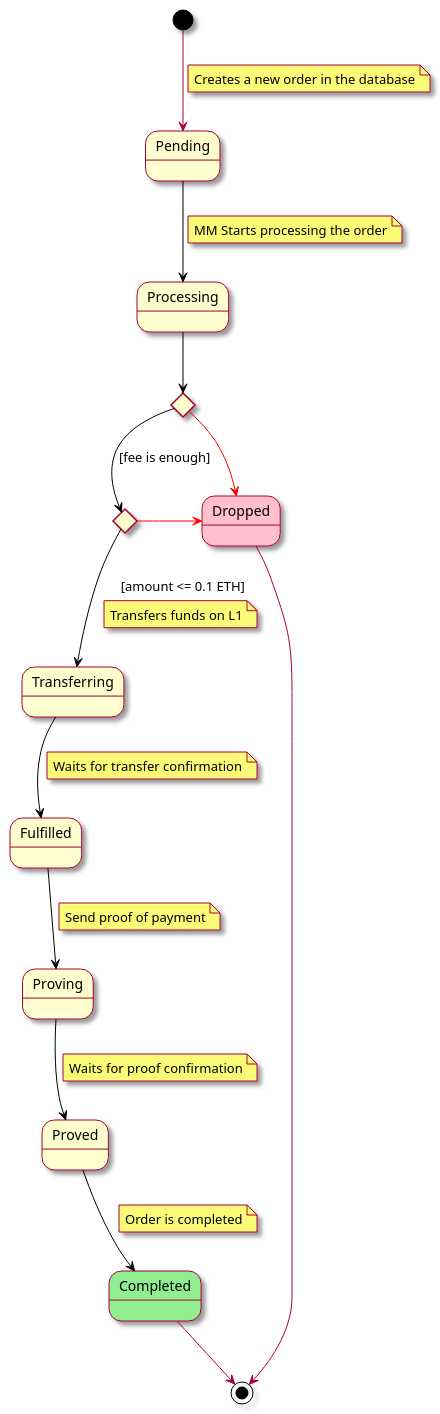
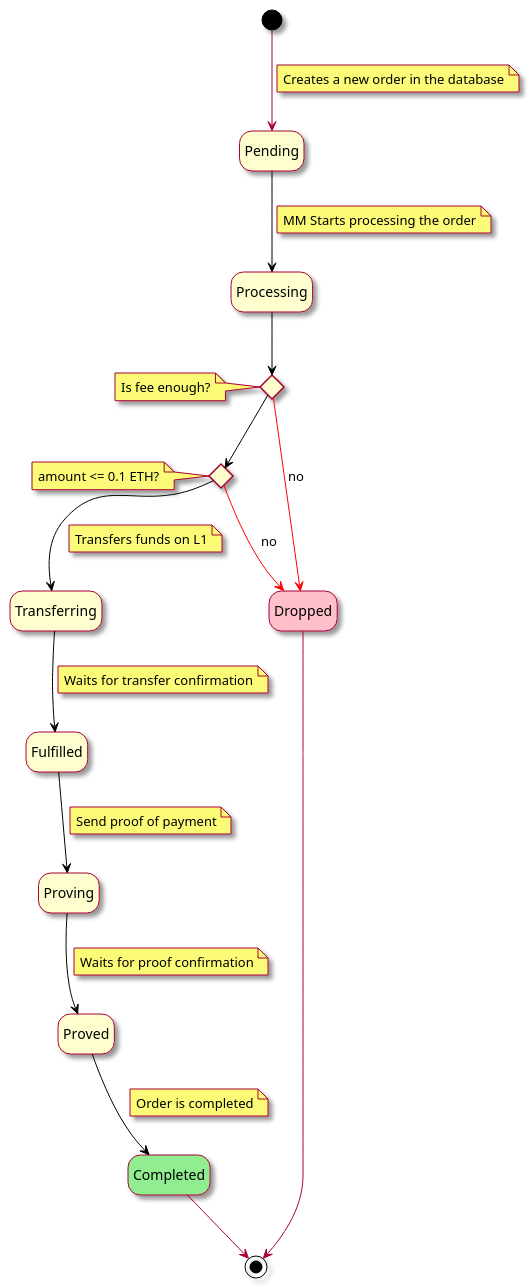
The diagram in mm-bot/docs/diagrams/state_diagram.puml (yetanotherco/yet-another-bridge), drawn with PlantUML before and after one commit. The commit also changed 3 other files, not shown here.

Commit message:
docs(mm-bot): README improvements and grammar check docs(mm-bot): improve diagrams

```diff
--- a/mm-bot/docs/diagrams/state_diagram.puml
+++ b/mm-bot/docs/diagrams/state_diagram.puml
@@ -1,60 +1,66 @@
 @startuml
 
 skin rose
+hide empty description
 
 State Pending
 State Processing
 State Transferring
 State Fulfilled
 State Proving
 State Proved
 State Completed #lightgreen
 State Dropped #pink
 
 [*] -d-> Pending
 note on link
   Creates a new order in the database
 end note
 
 Pending -d[#black]-> Processing
 note on link
   MM Starts processing the order
 end note
 
 State CheckFee <<choice>>
+note left of CheckFee
+    Is fee enough?
+end note
 State CheckAmount <<choice>>
+note left of CheckAmount
+    amount <= 0.1 ETH?
+end note
 Processing -d[#black]-> CheckFee
-CheckFee -d[#black]-> CheckAmount : [fee is enough]
+CheckFee -[#black]-> CheckAmount
+CheckFee -r[#red]-> Dropped : no
 
-CheckFee -r[#red]-> Dropped
-
-CheckAmount -d[#black]-> Transferring : [amount <= 0.1 ETH]
+CheckAmount -d[#black]-> Transferring
 note on link
   Transfers funds on L1
 end note
-CheckAmount -r[#red]-> Dropped
+CheckAmount -d[#red]-> Dropped : no
 
 Transferring -d[#black]-> Fulfilled
 note on link
   Waits for transfer confirmation
 end note
 
 Fulfilled -d[#black]-> Proving
 note on link
   Send proof of payment
 end note
 
 Proving -d[#black]-> Proved
 note on link
   Waits for proof confirmation
 end note
 
 Proved -d[#black]-> Completed
 note on link
   Order is completed
 end note
 
 Completed -d-> [*]
 Dropped --> [*]
 
 @enduml
```
